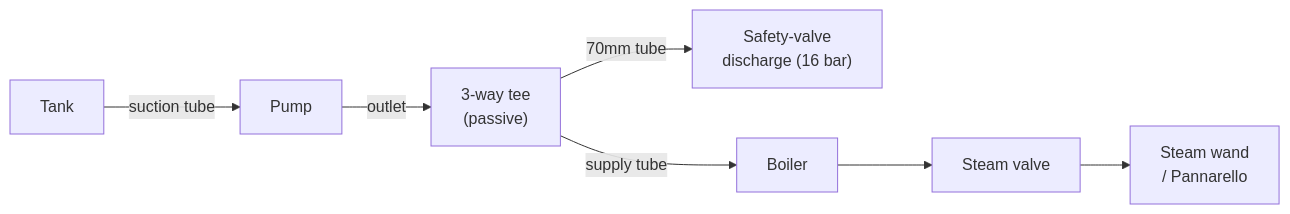
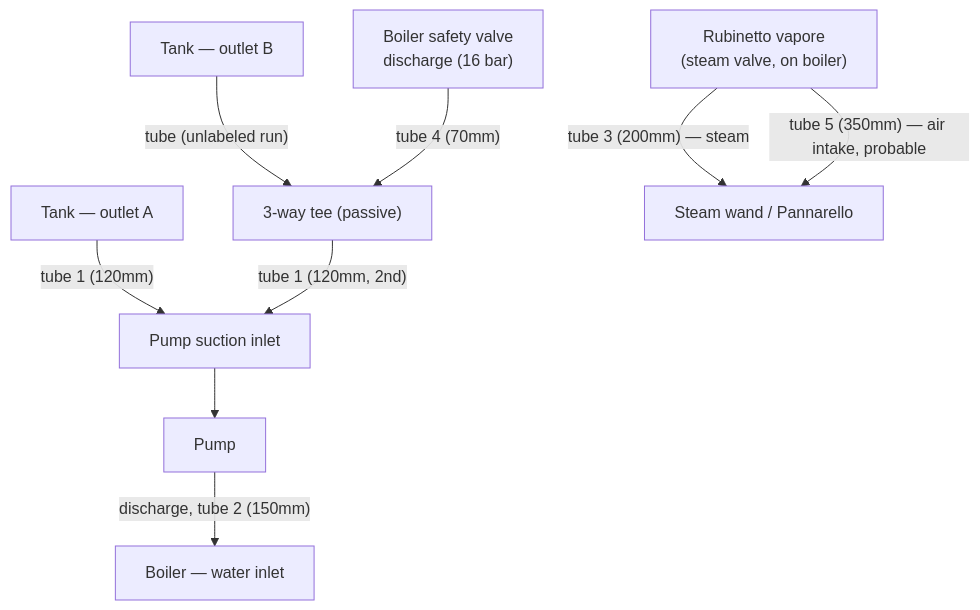
One commit to benykoren/gaggia-brew-master-esp changed the second of 2 diagrams in docs/oem-manuals/README.md. Above: the diagram before and after it, drawn with Mermaid. The commit also changed other lines of this file and 1 other file, not shown here.

````diff
--- a/docs/oem-manuals/README.md
+++ b/docs/oem-manuals/README.md
@@ -146,9 +162,11 @@
 ```mermaid
-flowchart LR
-    TANK["Tank"] -- "suction tube" --> PUMP["Pump"]
-    PUMP -- outlet --> TWAY["3-way tee<br/>(passive)"]
-    TWAY -- "70mm tube" --> SAFETY["Safety-valve<br/>discharge (16 bar)"]
-    TWAY -- "supply tube" --> BOILER["Boiler"]
-    BOILER --> STEAMTAP["Steam valve"]
-    STEAMTAP --> WAND["Steam wand<br/>/ Pannarello"]
+flowchart TD
+    TANKA["Tank — outlet A"] -- "tube 1 (120mm)" --> PUMPIN["Pump suction inlet"]
+    TANKB["Tank — outlet B"] -- "tube (unlabeled run)" --> TWAY["3-way tee (passive)"]
+    SAFETY["Boiler safety valve<br/>discharge (16 bar)"] -- "tube 4 (70mm)" --> TWAY
+    TWAY -- "tube 1 (120mm, 2nd)" --> PUMPIN
+    PUMPIN --> PUMP["Pump"]
+    PUMP -- "discharge, tube 2 (150mm)" --> BOILER["Boiler — water inlet"]
+    RVAP["Rubinetto vapore<br/>(steam valve, on boiler)"] -- "tube 3 (200mm) — steam" --> WAND["Steam wand / Pannarello"]
+    RVAP -- "tube 5 (350mm) — air intake, probable" --> WAND
 ```
````
